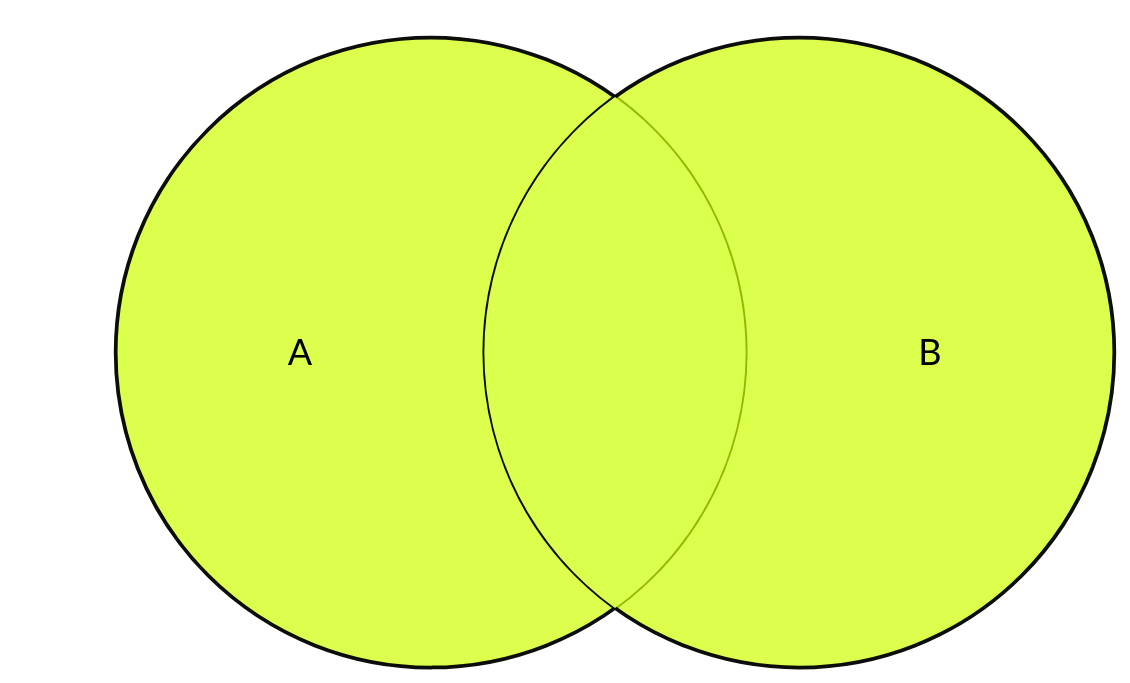
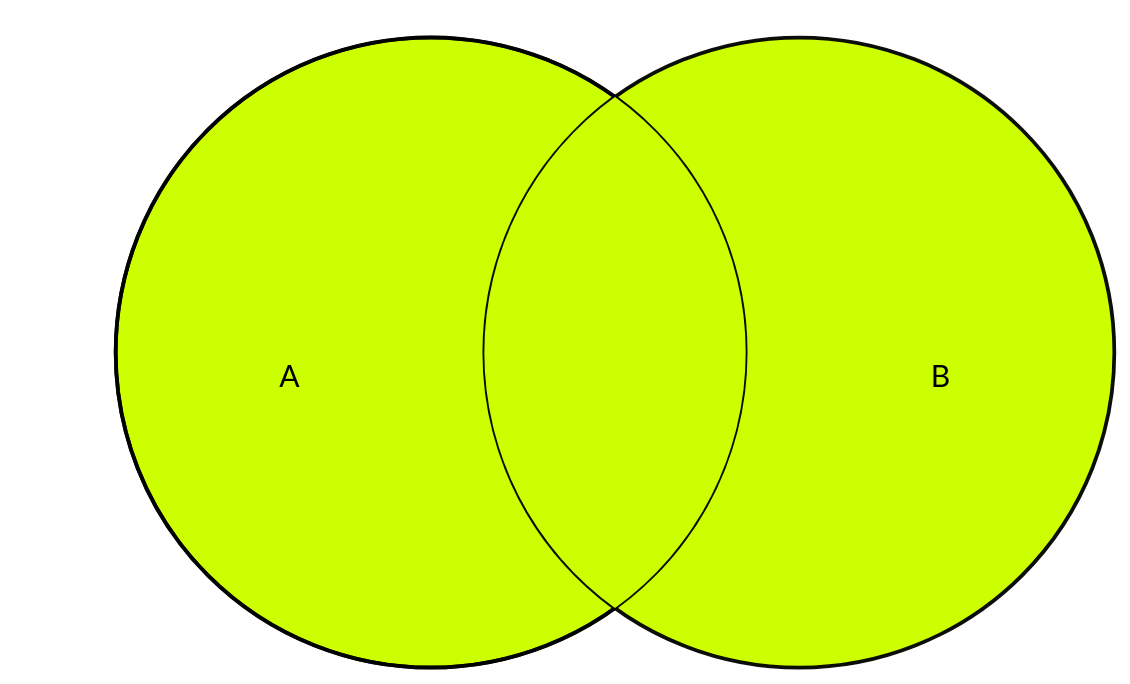
The second of 8 diagrams in src/main/resources/doc/guides/join_types.md (scyanth/plugin-join), drawn with Mermaid before and after one commit. The commit also changed other lines of this file, not shown here.

Commit message:
doc: fix colors of mermaid venn diagrams in join types guide

````diff
--- a/src/main/resources/doc/guides/join_types.md
+++ b/src/main/resources/doc/guides/join_types.md
@@ -24,9 +33,18 @@
 ```mermaid
 venn-beta
     set A:10
     set B:10
+        text labelB["B"]
+    set A2:10
+    union A,A2:10
+        text labelA["A"]
     union A,B:3
-    style A fill:#ccff00,fill-opacity:0.7,stroke:#000000,color:#000000
-    style B fill:#ccff00,fill-opacity:0.7,stroke:#000000,color:#000000
-    style A,B fill:#dbff4d
+    union A2,B:3
+    union A,A2,B:3
+    style A fill:#ccff00,fill-opacity:1,stroke:#000000,color:transparent
+    style B fill:#ccff00,fill-opacity:1,stroke:#000000,color:transparent
+    style A2 fill:#ffffff,fill-opacity:0,stroke:#000000,color:transparent
+    style A,A2,B fill:#ccff00
+    style labelA color:#000000
+    style labelB color:#000000
 ```
````
